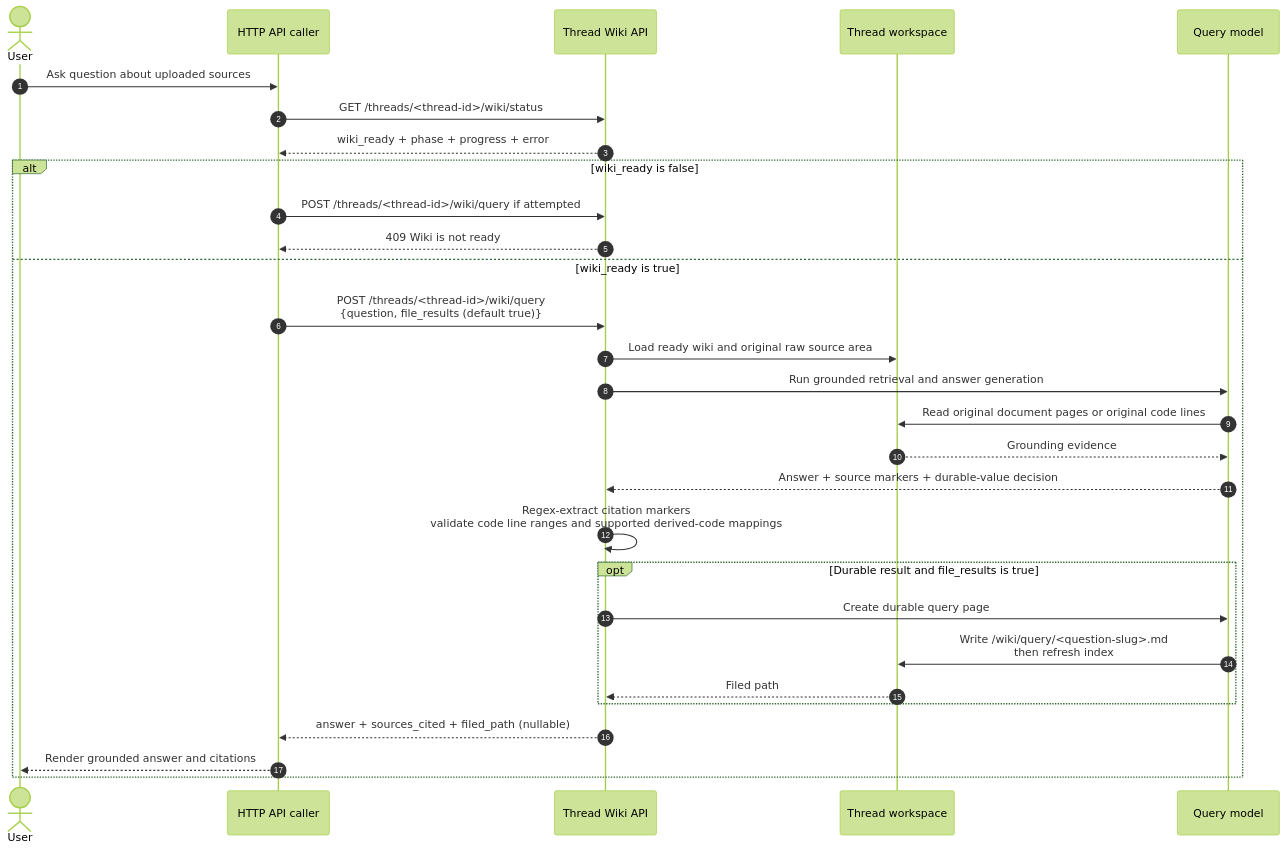
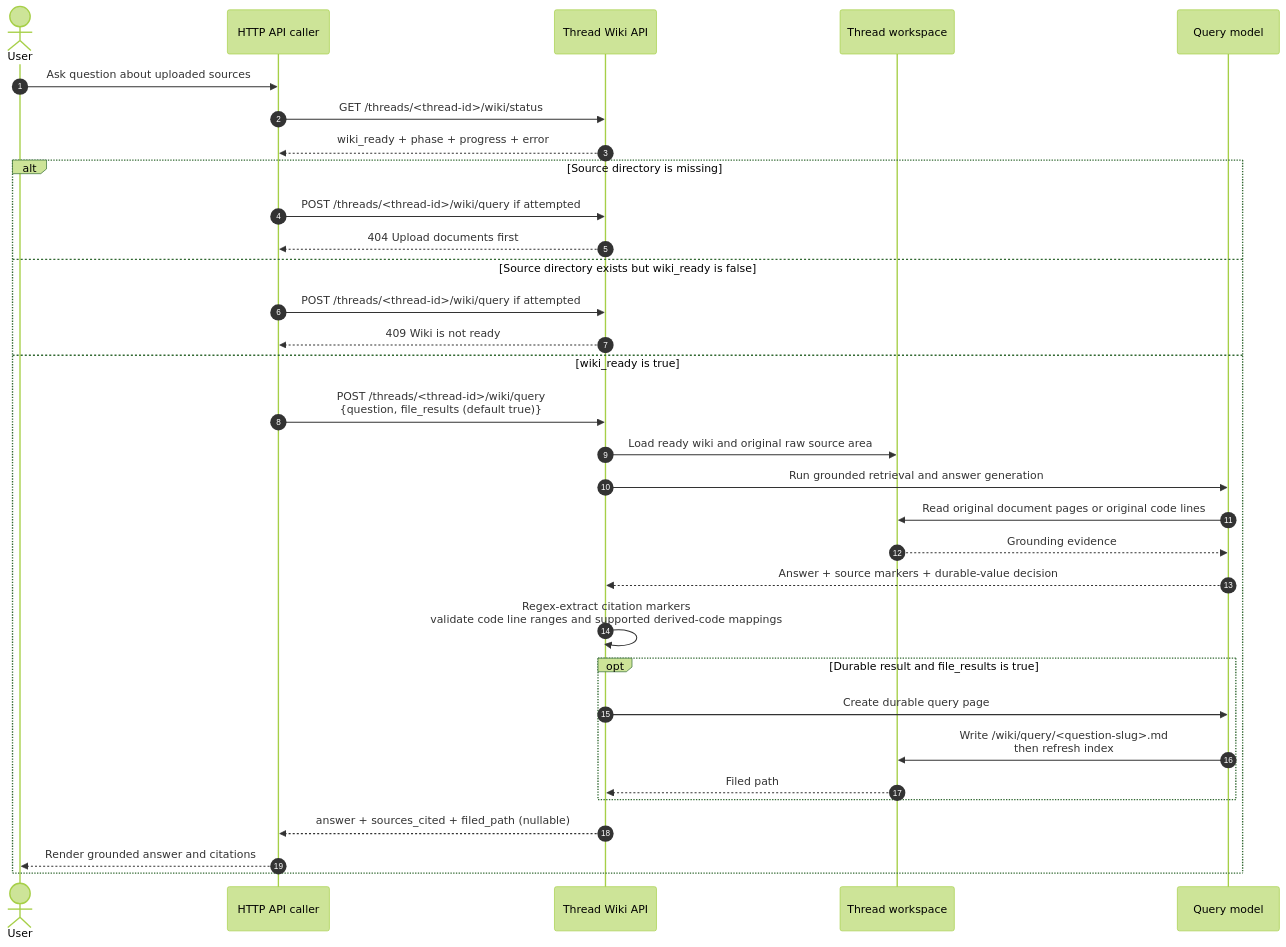
One commit to jerryshao2012/bmo-deepagent-ui changed the second of 2 diagrams in documents/llm-wiki/llm-wiki.md. Above: the diagram before and after it, drawn with Mermaid (forest theme). The commit also changed other lines of this file, not shown here.

Commit message:
docs: refine LLM Wiki operational guidance

````diff
--- a/documents/llm-wiki/llm-wiki.md
+++ b/documents/llm-wiki/llm-wiki.md
@@ -159,32 +184,35 @@
 ```mermaid
 sequenceDiagram
     autonumber
     actor U as User
     participant CALL as HTTP API caller
     participant API as Thread Wiki API
     participant WS as Thread workspace
     participant QM as Query model
 
     U->>CALL: Ask question about uploaded sources
     CALL->>API: GET /threads/<thread-id>/wiki/status
     API-->>CALL: wiki_ready + phase + progress + error
-    alt wiki_ready is false
+    alt Source directory is missing
+        CALL->>API: POST /threads/<thread-id>/wiki/query if attempted
+        API-->>CALL: 404 Upload documents first
+    else Source directory exists but wiki_ready is false
         CALL->>API: POST /threads/<thread-id>/wiki/query if attempted
         API-->>CALL: 409 Wiki is not ready
     else wiki_ready is true
         CALL->>API: POST /threads/<thread-id>/wiki/query<br/>{question, file_results (default true)}
         API->>WS: Load ready wiki and original raw source area
         API->>QM: Run grounded retrieval and answer generation
         QM->>WS: Read original document pages or original code lines
         WS-->>QM: Grounding evidence
         QM-->>API: Answer + source markers + durable-value decision
         API->>API: Regex-extract citation markers<br/>validate code line ranges and supported derived-code mappings
         opt Durable result and file_results is true
             API->>QM: Create durable query page
             QM->>WS: Write /wiki/query/<question-slug>.md<br/>then refresh index
             WS-->>API: Filed path
         end
         API-->>CALL: answer + sources_cited + filed_path (nullable)
         CALL-->>U: Render grounded answer and citations
     end
 ```
````
